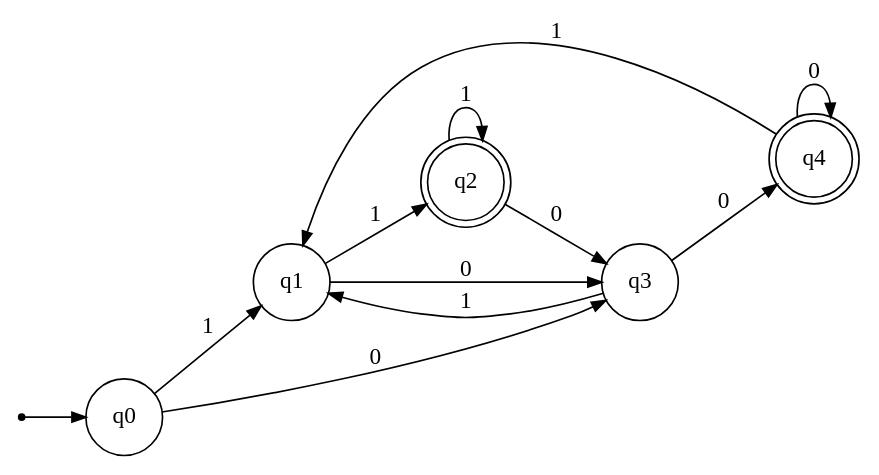
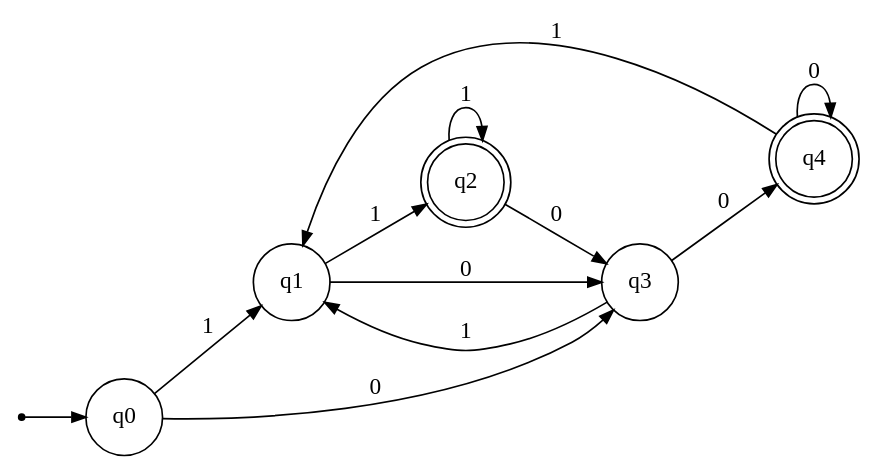
Before and after one commit to MohamadAbdelmoniem/Compiler-Spring-2022: the diagram in Source/Code/Digraph.gv, drawn with Graphviz. The commit also changed other lines of this file and 2 other files, not shown here.

```diff
--- a/Source/Code/Digraph.gv
+++ b/Source/Code/Digraph.gv
@@ -1,21 +1,21 @@
 digraph {
 	ranksep=0.5 size="8, 8"
 	rankdir=LR
 	Initial [label="" fontsize=14.0 shape=point]
 	q0 [fontsize=14.0 shape=circle]
 	q1 [fontsize=14.0 shape=circle]
 	q2 [fontsize=14.0 shape=doublecircle]
 	q3 [fontsize=14.0 shape=circle]
 	q4 [fontsize=14.0 shape=doublecircle]
 	Initial -> q0 [arrowsize=0.85]
+	q4 -> q1 [label=" 1 " arrowsize=0.85 fontsize=14.0]
+	q4 -> q4 [label=" 0 " arrowsize=0.85 fontsize=14.0]
+	q2 -> q2 [label=" 1 " arrowsize=0.85 fontsize=14.0]
+	q2 -> q3 [label=" 0 " arrowsize=0.85 fontsize=14.0]
+	q3 -> q1 [label=" 1 " arrowsize=0.85 fontsize=14.0]
+	q3 -> q4 [label=" 0 " arrowsize=0.85 fontsize=14.0]
+	q0 -> q1 [label=" 1 " arrowsize=0.85 fontsize=14.0]
 	q0 -> q3 [label=" 0 " arrowsize=0.85 fontsize=14.0]
-	q0 -> q1 [label=" 1 " arrowsize=0.85 fontsize=14.0]
+	q1 -> q2 [label=" 1 " arrowsize=0.85 fontsize=14.0]
 	q1 -> q3 [label=" 0 " arrowsize=0.85 fontsize=14.0]
-	q1 -> q2 [label=" 1 " arrowsize=0.85 fontsize=14.0]
-	q2 -> q3 [label=" 0 " arrowsize=0.85 fontsize=14.0]
-	q2 -> q2 [label=" 1 " arrowsize=0.85 fontsize=14.0]
-	q3 -> q4 [label=" 0 " arrowsize=0.85 fontsize=14.0]
-	q3 -> q1 [label=" 1 " arrowsize=0.85 fontsize=14.0]
-	q4 -> q4 [label=" 0 " arrowsize=0.85 fontsize=14.0]
-	q4 -> q1 [label=" 1 " arrowsize=0.85 fontsize=14.0]
 }
```
